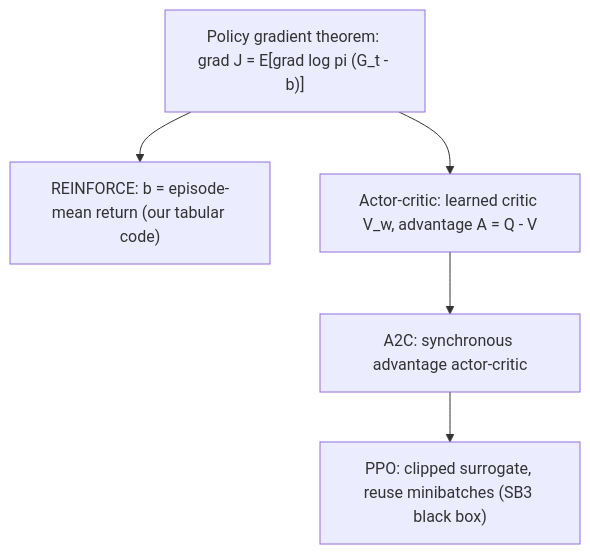
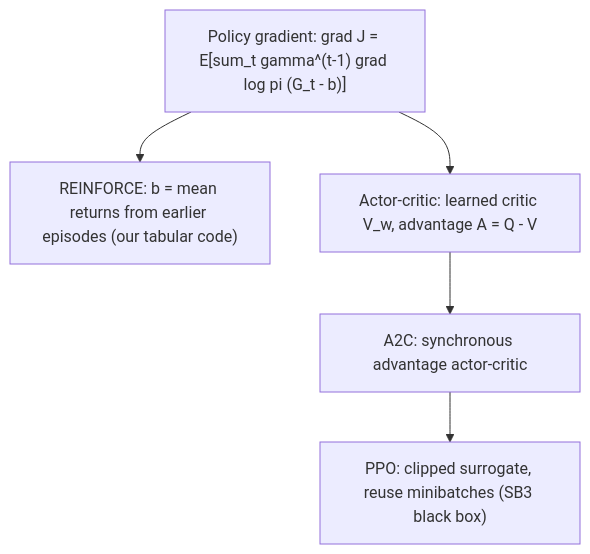
One commit to conqueror/mcgill-showcases changed the second of 2 diagrams in projects/student-support-rl-showcase/docs/policy-gradient-and-actor-critic.md. Above: the diagram before and after it, drawn with Mermaid. The commit also changed other lines of this file and 19 other files, not shown here.

````diff
--- a/projects/student-support-rl-showcase/docs/policy-gradient-and-actor-critic.md
+++ b/projects/student-support-rl-showcase/docs/policy-gradient-and-actor-critic.md
@@ -86,7 +86,7 @@
 ```mermaid
 graph TD
-  PG["Policy gradient theorem: grad J = E[grad log pi (G_t - b)]"] --> R["REINFORCE: b = episode-mean return (our tabular code)"]
+  PG["Policy gradient: grad J = E[sum_t gamma^(t-1) grad log pi (G_t - b)]"] --> R["REINFORCE: b = mean returns from earlier episodes (our tabular code)"]
   PG --> AC["Actor-critic: learned critic V_w, advantage A = Q - V"]
   AC --> A2C["A2C: synchronous advantage actor-critic"]
   A2C --> PPO["PPO: clipped surrogate, reuse minibatches (SB3 black box)"]
 ```
````
